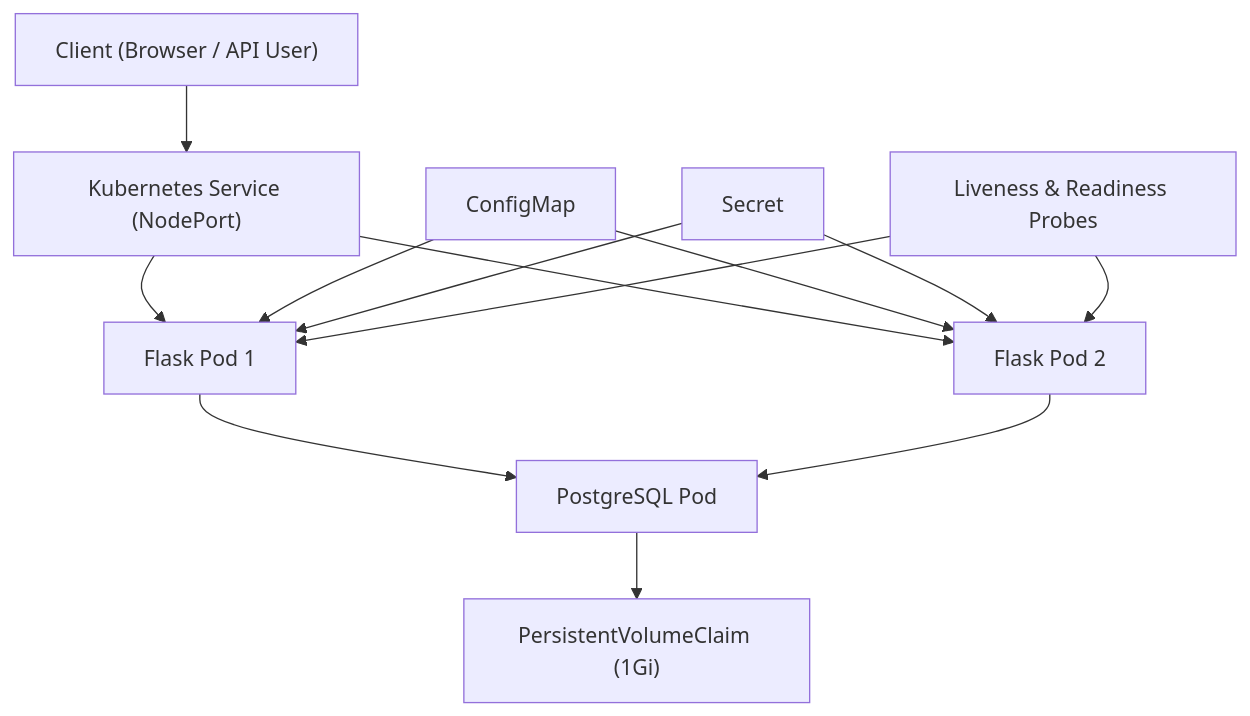
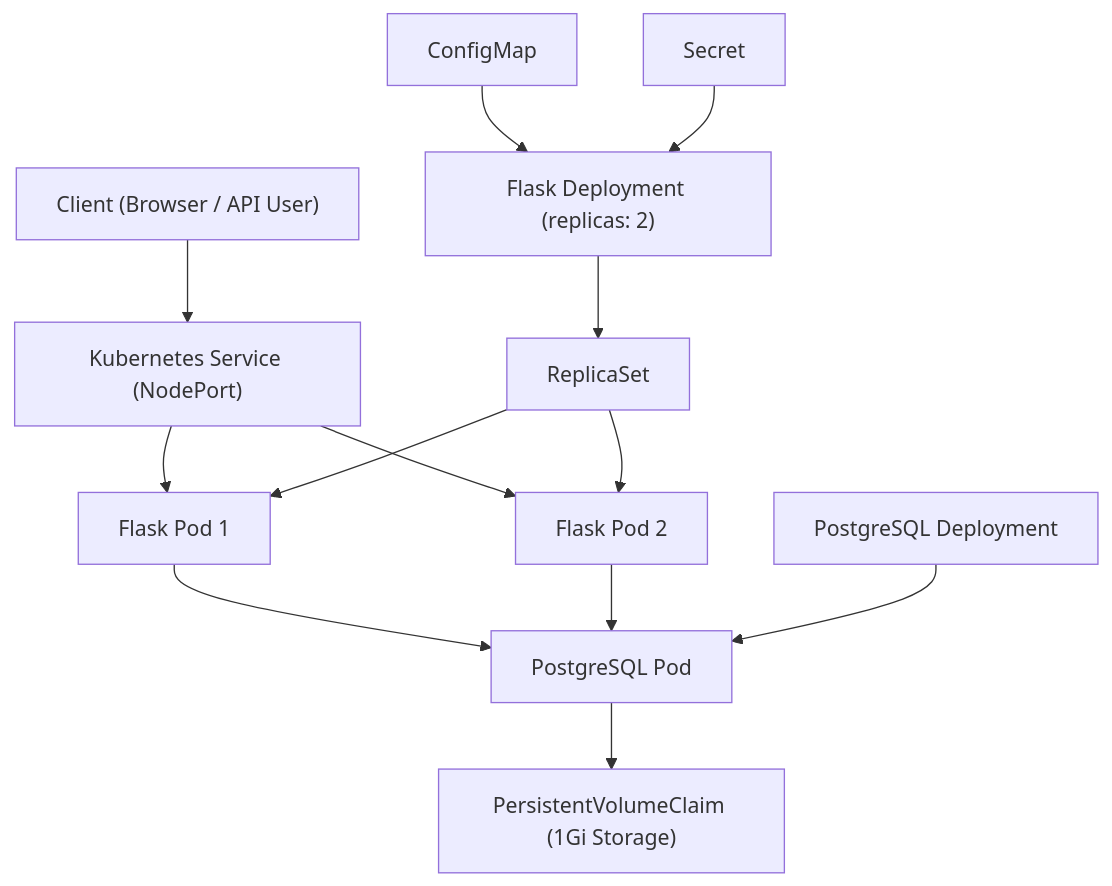
One commit to ssacharitha/devops-microservices-project changed the diagram in README.md. Above: the diagram before and after it, drawn with Mermaid. The commit also changed other lines of this file, not shown here.

Commit message:
Docs: Upgraded architecture diagram to production-level Kubernetes design

````diff
--- a/README.md
+++ b/README.md
@@ -19,21 +20,26 @@
 ```mermaid
 flowchart TD
+
+    %% External Client
     Client["Client (Browser / API User)"] --> Service["Kubernetes Service (NodePort)"]
 
+    %% Backend Application Layer
     Service --> Pod1["Flask Pod 1"]
     Service --> Pod2["Flask Pod 2"]
 
-    Pod1 --> DB["PostgreSQL Pod"]
-    Pod2 --> DB
+    %% Deployment Hierarchy
+    Deployment["Flask Deployment (replicas: 2)"] --> RS["ReplicaSet"]
+    RS --> Pod1
+    RS --> Pod2
 
-    DB --> PVC["PersistentVolumeClaim (1Gi)"]
+    %% Database Layer
+    Pod1 --> DBPod["PostgreSQL Pod"]
+    Pod2 --> DBPod
 
-    Config["ConfigMap"] --> Pod1
-    Config --> Pod2
+    DBDeployment["PostgreSQL Deployment"] --> DBPod
+    DBPod --> PVC["PersistentVolumeClaim (1Gi Storage)"]
 
-    Secret["Secret"] --> Pod1
-    Secret --> Pod2
-
-    Probe["Liveness & Readiness Probes"] --> Pod1
-    Probe --> Pod2
+    %% Configuration & Secrets
+    Config["ConfigMap"] --> Deployment
+    Secret["Secret"] --> Deployment
 ```
````
